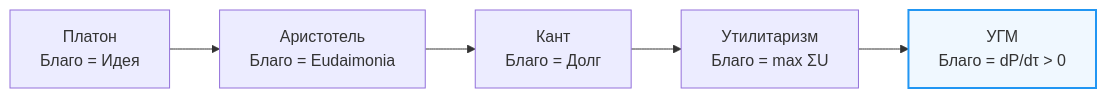
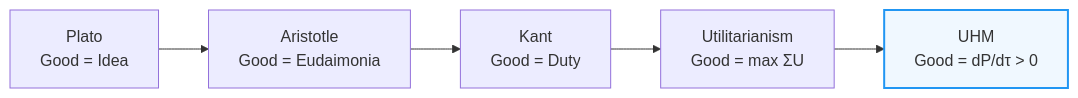
The first of 3 diagrams in website/docs/consciousness/ethics-meaning/value-consciousness.md (gst-st/uhm), drawn with Mermaid before and after one commit. The commit also changed other lines of this file and 79 other files, not shown here.

````diff
--- a/website/docs/consciousness/ethics-meaning/value-consciousness.md
+++ b/website/docs/consciousness/ethics-meaning/value-consciousness.md
@@ -93,9 +93,9 @@
 ```mermaid
 graph LR
-    PL["Платон<br/>Благо = Идея"] --> AR["Аристотель<br/>Благо = Eudaimonia"]
-    AR --> KA["Кант<br/>Благо = Долг"]
-    KA --> UT["Утилитаризм<br/>Благо = max ΣU"]
-    UT --> UGM["УГМ<br/>Благо = dP/dτ > 0"]
+    PL["Plato<br/>Good = Idea"] --> AR["Aristotle<br/>Good = Eudaimonia"]
+    AR --> KA["Kant<br/>Good = Duty"]
+    KA --> UT["Utilitarianism<br/>Good = max ΣU"]
+    UT --> UGM["UHM<br/>Good = dP/dτ > 0"]
 
     style UGM fill:#f0f8ff,stroke:#2196f3,stroke-width:2px
 ```
````
